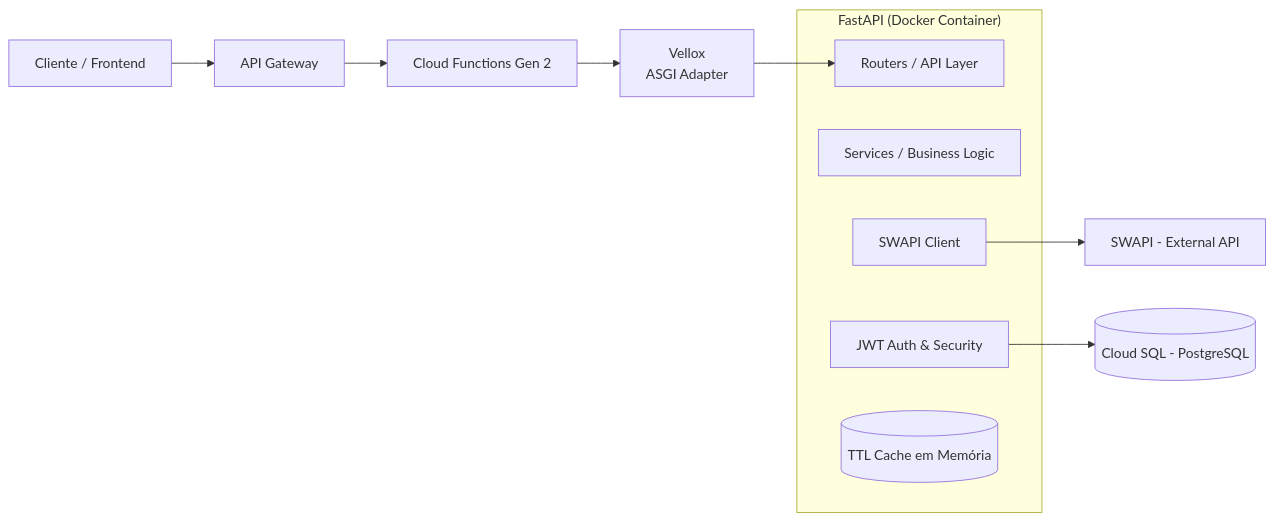
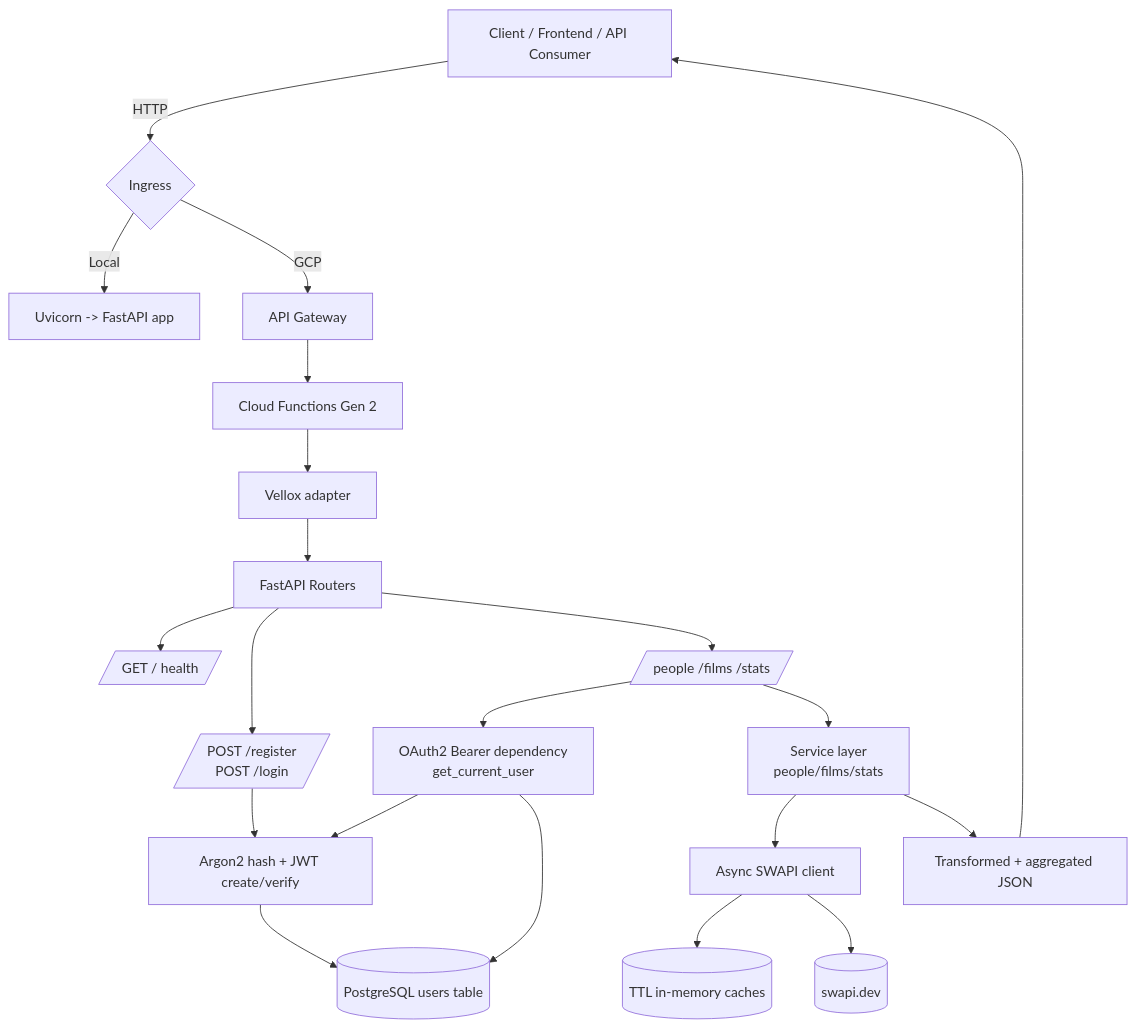
One commit to analaress/Starwars-Api changed the diagram in README.md. Above: the diagram before and after it, drawn with Mermaid. The commit also changed other lines of this file and 2 other files, not shown here.

Commit message:
fix: ajustes finais para garantir  validação e segurança

````diff
--- a/README.md
+++ b/README.md
@@ -100,21 +100,28 @@
 ```mermaid
-flowchart LR
-    User[Cliente / Frontend] --> Gateway[API Gateway]
+flowchart TD
+    Client[Client / Frontend / API Consumer] -->|HTTP| Ingress{Ingress}
+    Ingress -->|Local| Uvicorn[Uvicorn -> FastAPI app]
+    Ingress -->|GCP| Gateway[API Gateway]
+    Gateway --> CloudFn[Cloud Functions Gen 2]
+    CloudFn --> Vellox[Vellox adapter]
+    Vellox --> FastAPI[FastAPI Routers]
 
-    Gateway --> CF[Cloud Functions Gen 2]
+    FastAPI --> Root[/GET / health/]
+    FastAPI --> Auth[/POST /register<br/>POST /login/]
+    FastAPI --> Protected[/people /films /stats/]
 
-    CF --> Vellox[Vellox\nASGI Adapter]
+    Auth --> Security[Argon2 hash + JWT create/verify]
+    Security --> UserDB[(PostgreSQL users table)]
 
-    subgraph App ["FastAPI (Docker Container)"]
-        Routers[Routers / API Layer]
-        Services[Services / Business Logic]
-        Clients[SWAPI Client]
-        Security[JWT Auth & Security]
-        Cache[(TTL Cache em Memória)]
-    end
+    Protected --> TokenCheck[OAuth2 Bearer dependency<br/>get_current_user]
+    TokenCheck --> Security
+    TokenCheck --> UserDB
 
-    Vellox --> Routers
+    Protected --> Services[Service layer<br/>people/films/stats]
+    Services --> SwapiClient[Async SWAPI client]
+    SwapiClient --> Cache[(TTL in-memory caches)]
+    SwapiClient --> SWAPI[(swapi.dev)]
 
-    Security --> DB[(Cloud SQL - PostgreSQL)]
-    Clients --> SWAPI[SWAPI - External API]
+    Services --> Response[Transformed + aggregated JSON]
+    Response --> Client
 ```
````
